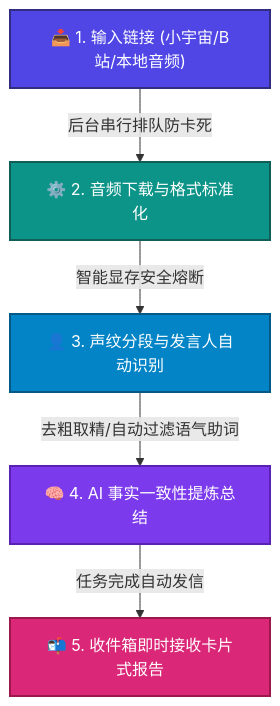
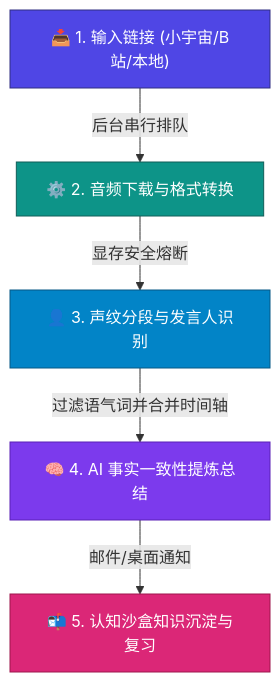
The diagram in README.md (quentin2001/whisperMe), drawn with Mermaid before and after one commit. The commit also changed other lines of this file, not shown here.

````diff
--- a/README.md
+++ b/README.md
@@ -41,13 +25,13 @@
 ```mermaid
 graph TD
-    A["📥 1. 输入链接 (小宇宙/B站/本地音频)"] -->|"后台串行排队防卡死"| B["⚙️ 2. 音频下载与格式标准化"]
-    B -->|"智能显存安全熔断"| C["👤 3. 声纹分段与发言人自动识别"]
-    C -->|"去粗取精/自动过滤语气助词"| D["🧠 4. AI 事实一致性提炼总结"]
-    D -->|"任务完成自动发信"| E["📬 5. 收件箱即时接收卡片式报告"]
+    A["📥 1. 输入链接 (小宇宙/B站/本地)"] -->|"后台串行排队"| B["⚙️ 2. 音频下载与格式转换"]
+    B -->|"显存安全熔断"| C["👤 3. 声纹分段与发言人识别"]
+    C -->|"过滤语气词并合并时间轴"| D["🧠 4. AI 事实一致性提炼总结"]
+    D -->|"邮件/桌面通知"| E["📬 5. 认知沙盒知识沉淀与复习"]
 
-    style A fill:#4F46E5,stroke:#312E81,stroke-width:2px,color:#fff
-    style B fill:#0D9488,stroke:#115E59,stroke-width:2px,color:#fff
-    style C fill:#0284C7,stroke:#075985,stroke-width:2px,color:#fff
-    style D fill:#7C3AED,stroke:#5B21B6,stroke-width:2px,color:#fff
-    style E fill:#DB2777,stroke:#9D174D,stroke-width:2px,color:#fff
+    style A fill:#4F46E5,stroke:#312E81,stroke-width:1px,color:#fff
+    style B fill:#0D9488,stroke:#115E59,stroke-width:1px,color:#fff
+    style C fill:#0284C7,stroke:#075985,stroke-width:1px,color:#fff
+    style D fill:#7C3AED,stroke:#5B21B6,stroke-width:1px,color:#fff
+    style E fill:#DB2777,stroke:#9D174D,stroke-width:1px,color:#fff
 ```
````
